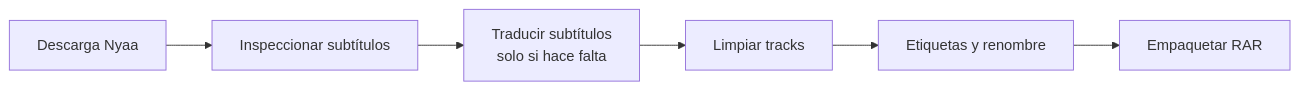
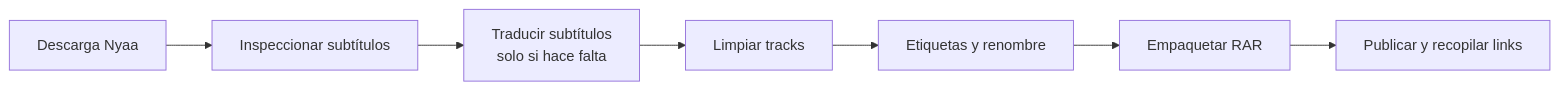
One commit to Gilberto-xyz/MediaWorkflowOrchestrator changed the diagram in README.md. Above: the diagram before and after it, drawn with Mermaid. The commit also changed other lines of this file and 25 other files, not shown here.

````diff
--- a/README.md
+++ b/README.md
@@ -24,8 +27,9 @@
 ```mermaid
 flowchart LR
     A["Descarga Nyaa"] --> B["Inspeccionar subtítulos"]
     B --> C["Traducir subtítulos<br/>solo si hace falta"]
     C --> D["Limpiar tracks"]
     D --> E["Etiquetas y renombre"]
     E --> F["Empaquetar RAR"]
+    F --> G["Publicar y recopilar links"]
 ```
````
